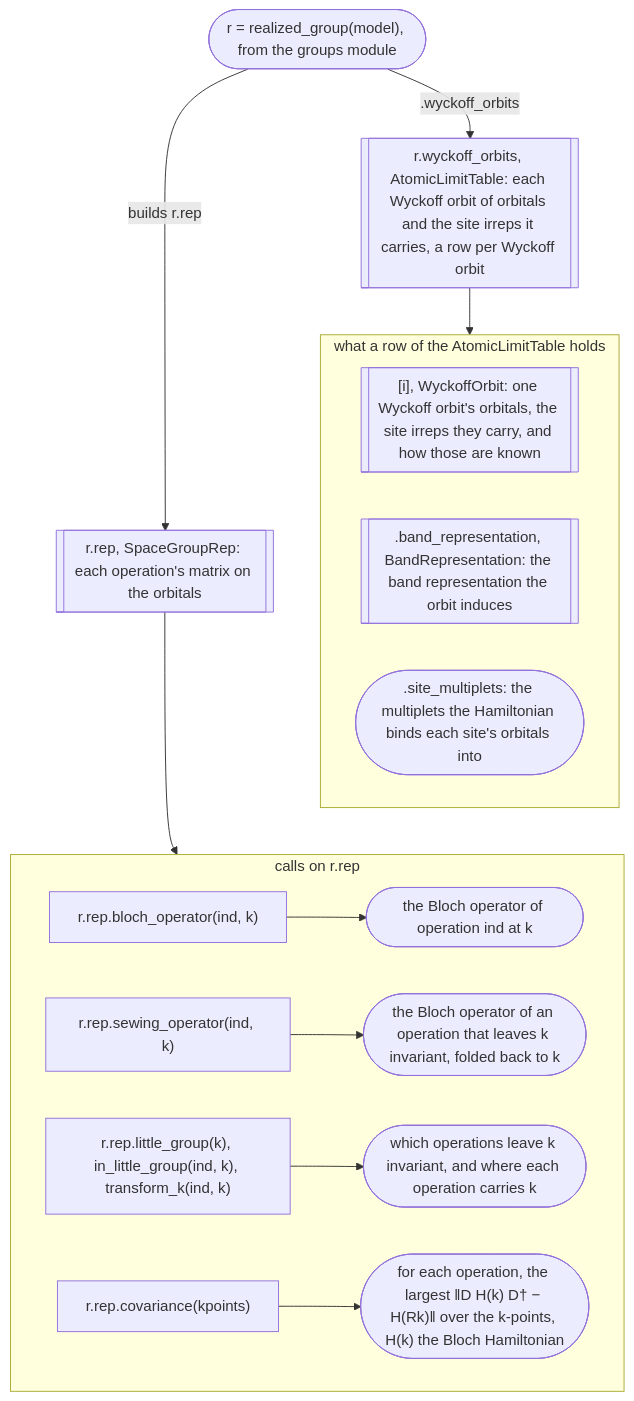
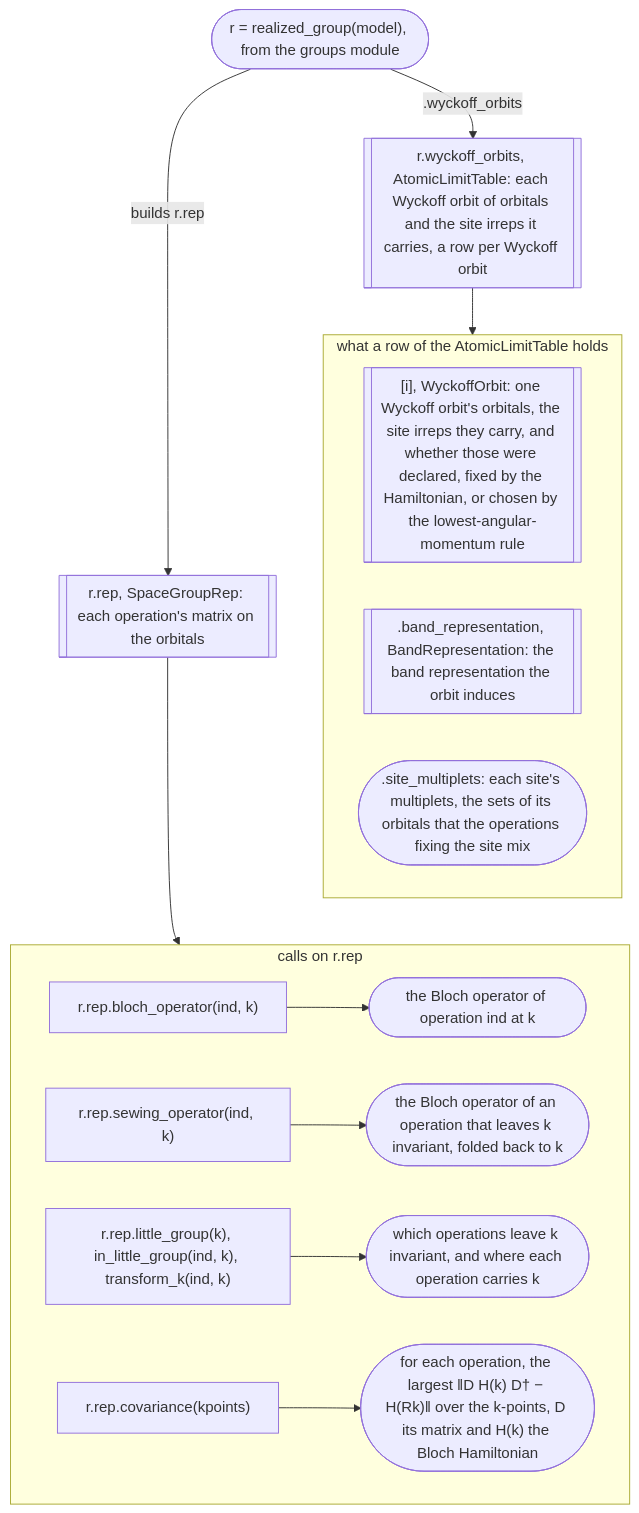
One commit to bbradlyn/pythtqc changed the third of 8 diagrams in docs/background/modules.md. Above: the diagram before and after it, drawn with Mermaid. The commit also changed other lines of this file and 7 other files, not shown here.

````diff
--- a/docs/background/modules.md
+++ b/docs/background/modules.md
@@ -109,27 +120,27 @@
 ```mermaid
 flowchart TD
     s_realized(["r = realized_group(model), from the groups module"])
     s_rep[["r.rep, SpaceGroupRep: each operation's matrix on the orbitals"]]
     s_table[["r.wyckoff_orbits, AtomicLimitTable: each Wyckoff orbit of orbitals and the site irreps it carries, a row per Wyckoff orbit"]]
 
     s_realized -- "builds r.rep" --> s_rep
     s_realized -- ".wyckoff_orbits" --> s_table
     s_table --> s_parts
     s_rep --> s_calls
     s_parts ~~~ s_calls
 
     subgraph s_parts ["what a row of the AtomicLimitTable holds"]
         direction LR
-        s_row[["[i], WyckoffOrbit: one Wyckoff orbit's orbitals, the site irreps they carry, and how those are known"]]
+        s_row[["[i], WyckoffOrbit: one Wyckoff orbit's orbitals, the site irreps they carry, and whether those were declared, fixed by the Hamiltonian, or chosen by the lowest-angular-momentum rule"]]
         s_br[[".band_representation, BandRepresentation: the band representation the orbit induces"]]
-        s_mult([".site_multiplets: the multiplets the Hamiltonian binds each site's orbitals into"])
+        s_mult([".site_multiplets: each site's multiplets, the sets of its orbitals that the operations fixing the site mix"])
     end
 
     subgraph s_calls ["calls on r.rep"]
         direction LR
         s_bloch["r.rep.bloch_operator(ind, k)"] --> s_bloch_out(["the Bloch operator of operation ind at k"])
         s_sew["r.rep.sewing_operator(ind, k)"] --> s_sew_out(["the Bloch operator of an operation that leaves k invariant, folded back to k"])
         s_little["r.rep.little_group(k), in_little_group(ind, k), transform_k(ind, k)"] --> s_little_out(["which operations leave k invariant, and where each operation carries k"])
-        s_cov["r.rep.covariance(kpoints)"] --> s_cov_out(["for each operation, the largest ‖D H(k) D† − H(Rk)‖ over the k-points, H(k) the Bloch Hamiltonian"])
+        s_cov["r.rep.covariance(kpoints)"] --> s_cov_out(["for each operation, the largest ‖D H(k) D† − H(Rk)‖ over the k-points, D its matrix and H(k) the Bloch Hamiltonian"])
     end
 ```
````
